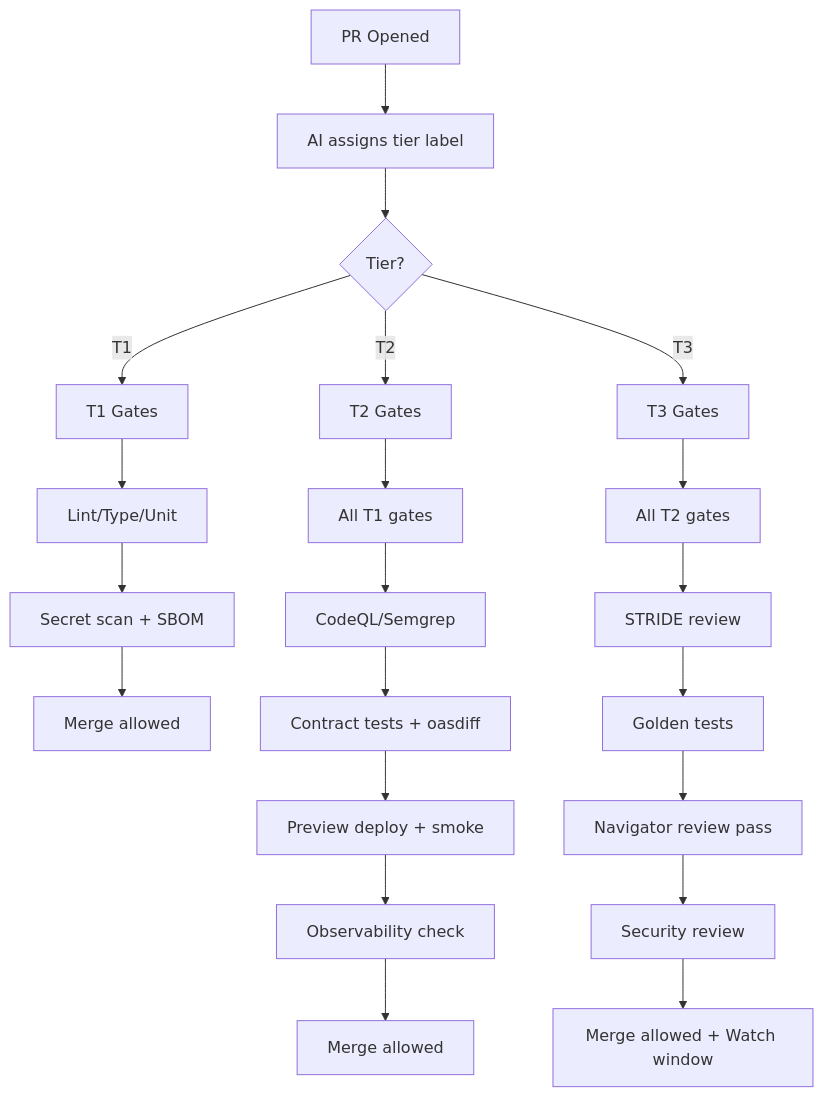
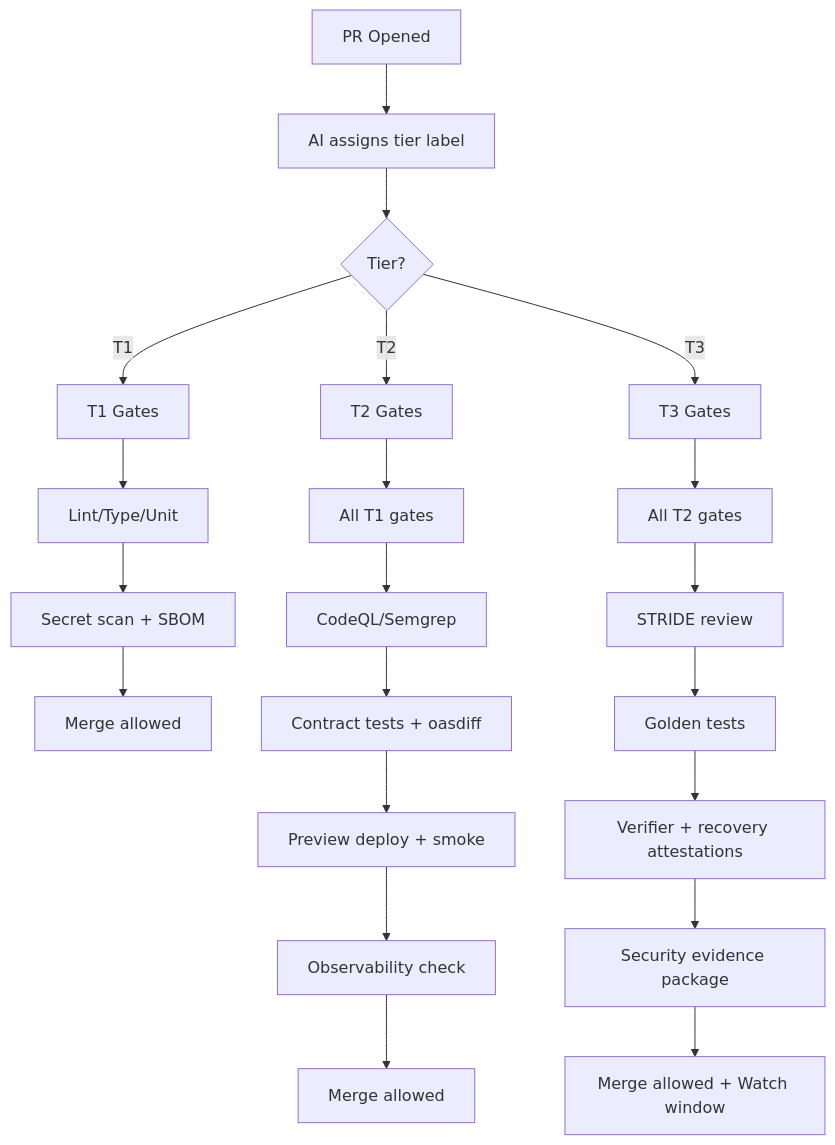
The diagram in .harmony/cognition/methodology/ci-cd-quality-gates.md (jamesryancooper/octon), drawn with Mermaid before and after one commit. The commit also changed other lines of this file and 13 other files, not shown here.

````diff
--- a/.harmony/cognition/methodology/ci-cd-quality-gates.md
+++ b/.harmony/cognition/methodology/ci-cd-quality-gates.md
@@ -36,27 +36,27 @@
 ```mermaid
 flowchart TB
   A[PR Opened] --> B[AI assigns tier label]
   B --> C{Tier?}
   
   C -->|T1| T1[T1 Gates]
   C -->|T2| T2[T2 Gates]
   C -->|T3| T3[T3 Gates]
   
   T1 --> T1a[Lint/Type/Unit]
   T1a --> T1b[Secret scan + SBOM]
   T1b --> M1[Merge allowed]
   
   T2 --> T2a[All T1 gates]
   T2a --> T2b[CodeQL/Semgrep]
   T2b --> T2c[Contract tests + oasdiff]
   T2c --> T2d[Preview deploy + smoke]
   T2d --> T2e[Observability check]
   T2e --> M2[Merge allowed]
   
   T3 --> T3a[All T2 gates]
   T3a --> T3b[STRIDE review]
   T3b --> T3c[Golden tests]
-  T3c --> T3d[Navigator review pass]
-  T3d --> T3e[Security review]
+  T3c --> T3d[Verifier + recovery attestations]
+  T3d --> T3e[Security evidence package]
   T3e --> M3[Merge allowed + Watch window]
 ```
````
